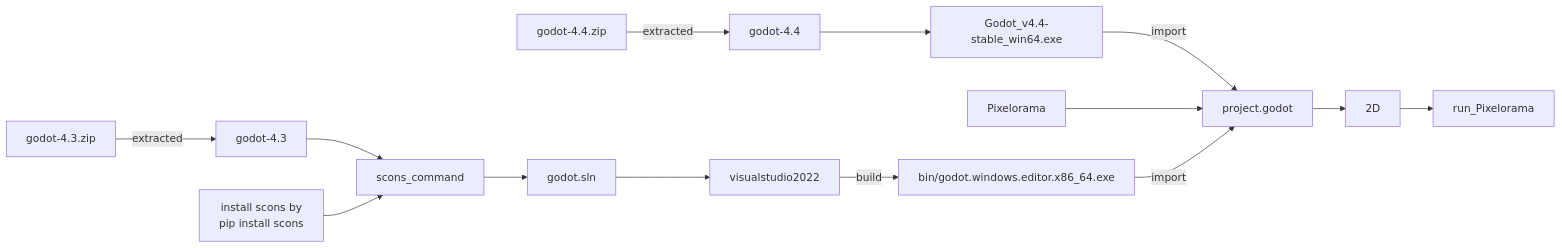
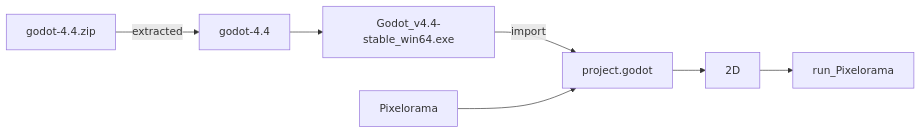
The diagram in README.md (jamad/Pixelorama), drawn with Mermaid before and after one commit.

````diff
--- a/README.md
+++ b/README.md
@@ -15,13 +15,10 @@
 ```mermaid
 
 graph LR
 
 godot-4.4.zip -- extracted --> godot-4.4 --> Godot_v4.4-stable_win64.exe --import --> project.godot
-godot-4.3.zip -- extracted --> godot-4.3 --> scons_command -->  godot.sln --> visualstudio2022 -- build -->exe["bin/godot.windows.editor.x86_64.exe"]
-scons["install scons by <br>pip install scons"] --> scons_command
 
-Pixelorama -->project.godot
 
-exe --import --> project.godot --> 2D --> run_Pixelorama 
+Pixelorama  --> project.godot --> 2D --> run_Pixelorama 
 
 ```
````
